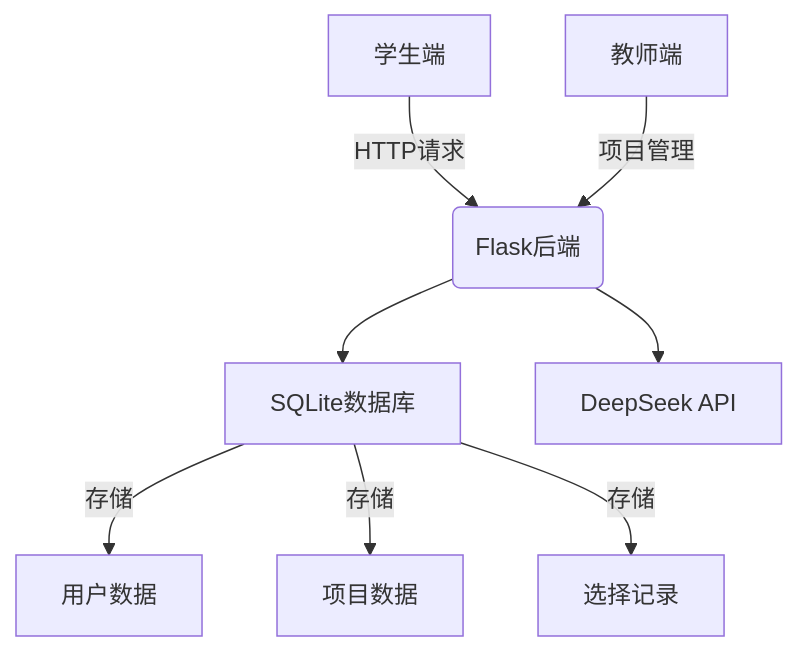
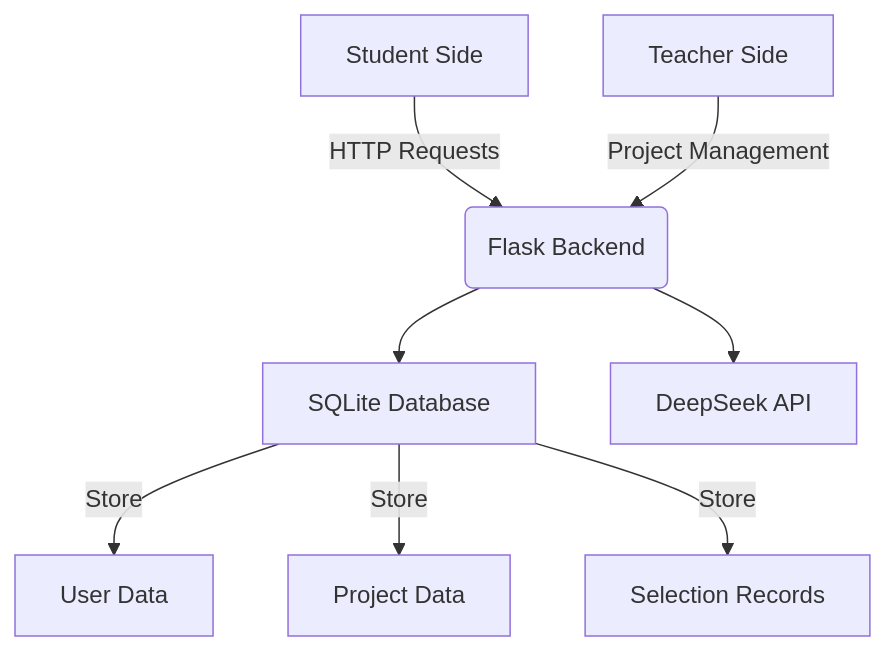
Before and after one commit to Revolt3738/32933-AI-Project-Match: the diagram in README.md, drawn with Mermaid. The commit also changed other lines of this file, not shown here.

````diff
--- a/README.md
+++ b/README.md
@@ -99,10 +99,10 @@
 ```mermaid
 flowchart TD
-    A[学生端] -->|HTTP请求| B(Flask后端)
-    B --> C[SQLite数据库]
+    A[Student Side] -->|HTTP Requests| B(Flask Backend)
+    B --> C[SQLite Database]
     B --> D["DeepSeek API"]
-    E[教师端] -->|项目管理| B
-    C -->|存储| F[用户数据]
-    C -->|存储| G[项目数据]
-    C -->|存储| H[选择记录]
+    E[Teacher Side] -->|Project Management| B
+    C -->|Store| F[User Data]
+    C -->|Store| G[Project Data]
+    C -->|Store| H[Selection Records]
 ```
````
